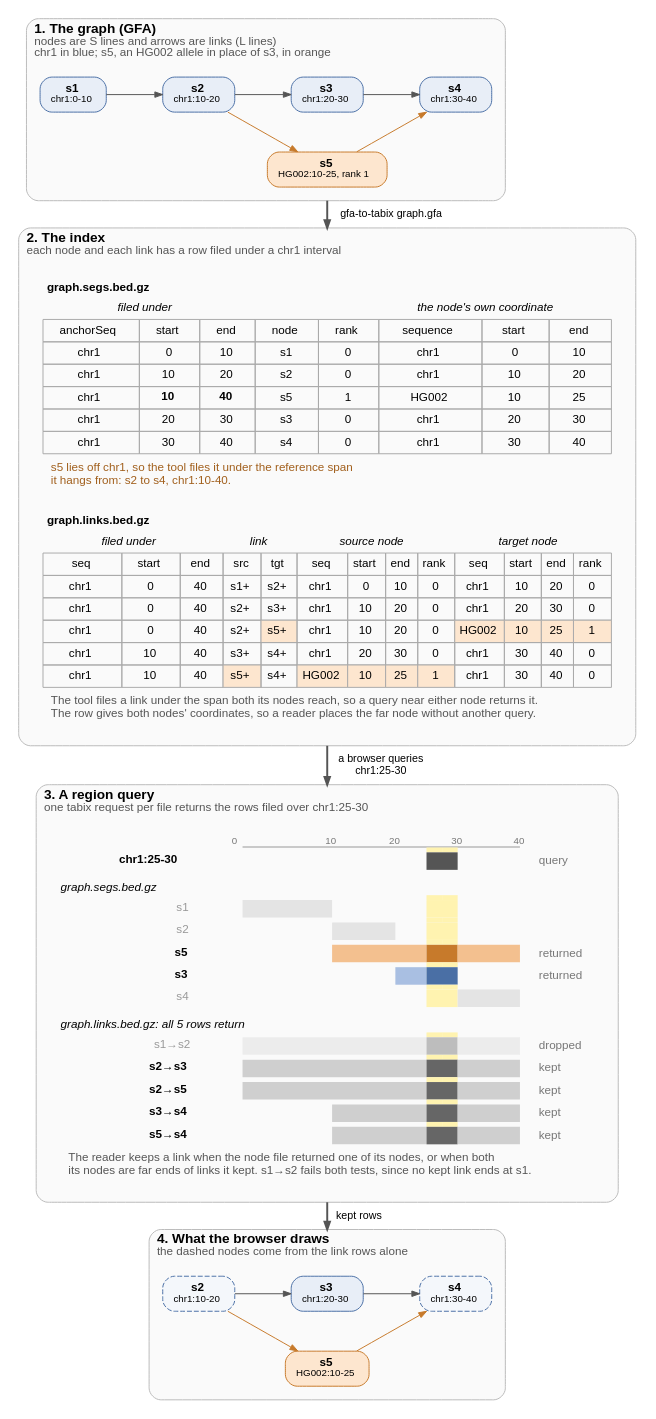
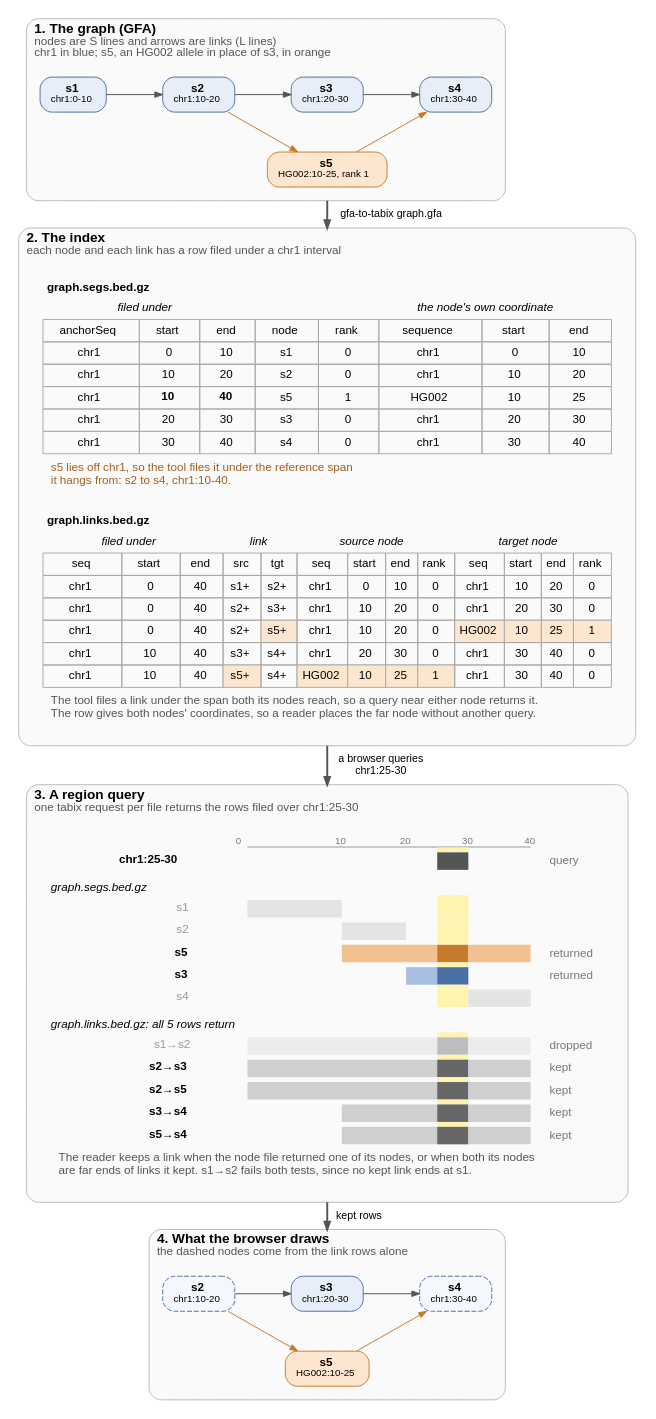
Before and after one commit to GMOD/gfa-to-tabix: the diagram in docs/figures/overview.dot, drawn with Graphviz. The commit also changed 4 other files, not shown here.

```diff
--- a/docs/figures/overview.dot
+++ b/docs/figures/overview.dot
@@ -50,7 +50,9 @@
         <TR BGCOLOR="#e8eef7"><TD>chr1</TD><TD>20</TD><TD>30</TD><TD>s3</TD><TD>0</TD><TD>chr1</TD><TD>20</TD><TD>30</TD></TR>
         <TR BGCOLOR="#e8eef7"><TD>chr1</TD><TD>30</TD><TD>40</TD><TD>s4</TD><TD>0</TD><TD>chr1</TD><TD>30</TD><TD>40</TD></TR>
         <!-- end segs -->
-        <TR><TD COLSPAN="8" BORDER="0" CELLPADDING="8" ALIGN="LEFT" BALIGN="LEFT"><FONT POINT-SIZE="12" COLOR="#a15f1c">s5 lies off chr1, so the tool files it under the reference span<BR/>it hangs from: s2 to s4, chr1:10-40.</FONT></TD></TR>
+        <!-- begin segs-caption -->
+        <TR><TD BORDER="0" CELLPADDING="8" COLSPAN="8" ALIGN="LEFT" BALIGN="LEFT"><FONT POINT-SIZE="12" COLOR="#a15f1c">s5 lies off chr1, so the tool files it under the reference span<BR/>it hangs from: s2 to s4, chr1:10-40.</FONT></TD></TR>
+        <!-- end segs-caption -->
       </TABLE></TD></TR>
       <TR><TD HEIGHT="18"></TD></TR>
       <TR><TD><TABLE BORDER="0" CELLBORDER="1" CELLSPACING="0" CELLPADDING="4" COLOR="#aaaaaa">
@@ -107,7 +109,9 @@
         <TR><TD HEIGHT="5"></TD><TD></TD><TD></TD><TD></TD><TD></TD><TD></TD><TD></TD><TD></TD><TD></TD><TD></TD><TD></TD><TD></TD><TD BGCOLOR="#fff3b0"></TD><TD BGCOLOR="#fff3b0"></TD><TD></TD><TD></TD><TD></TD><TD></TD><TD></TD><TD></TD></TR>
         <TR><TD ALIGN="RIGHT" HEIGHT="18"><B>s5→s4</B>  </TD><TD></TD><TD COLSPAN="4"></TD><TD COLSPAN="6" BGCOLOR="#cfcfcf"></TD><TD COLSPAN="2" BGCOLOR="#666666"></TD><TD COLSPAN="4" BGCOLOR="#cfcfcf"></TD><TD></TD><TD ALIGN="LEFT"><FONT POINT-SIZE="12" COLOR="#777777">  kept</FONT></TD></TR>
         <!-- end lanes -->
-        <TR><TD COLSPAN="20" BORDER="0" CELLPADDING="8" ALIGN="LEFT" BALIGN="LEFT"><FONT POINT-SIZE="12" COLOR="#555555">The reader keeps a link when the node file returned one of its nodes, or when both<BR/>its nodes are far ends of links it kept. s1→s2 fails both tests, since no kept link ends at s1.</FONT></TD></TR>
+        <!-- begin keep-caption -->
+        <TR><TD BORDER="0" CELLPADDING="8" COLSPAN="20" ALIGN="LEFT" BALIGN="LEFT"><FONT POINT-SIZE="12" COLOR="#555555">The reader keeps a link when the node file returned one of its nodes, or when both its nodes<BR/>are far ends of links it kept. s1→s2 fails both tests, since no kept link ends at s1.</FONT></TD></TR>
+        <!-- end keep-caption -->
       </TABLE>>]
   }
 
@@ -119,18 +123,23 @@
     style="rounded,filled"
     fillcolor="#fafafa"
     margin=14
-    d2 [label=<<B>s2</B><BR/><FONT POINT-SIZE="10">chr1:10-20</FONT>>, style="dashed,rounded,filled", fillcolor="#f4f7fb"]
-    d3 [label=<<B>s3</B><BR/><FONT POINT-SIZE="10">chr1:20-30</FONT>>]
-    d4 [label=<<B>s4</B><BR/><FONT POINT-SIZE="10">chr1:30-40</FONT>>, style="dashed,rounded,filled", fillcolor="#f4f7fb"]
-    d5 [label=<<B>s5</B><BR/><FONT POINT-SIZE="10">HG002:10-25</FONT>>, fillcolor="#fde6cf", color="#c77a2b"]
-    {rank=same; d2; d3; d4}
-    d2 -> d3 -> d4 [weight=20]
-    d3 -> d5 [style=invis, weight=20]
-    d2 -> d5 [color="#c77a2b", weight=0]
-    d5 -> d4 [color="#c77a2b", weight=0]
+    // begin drawn
+    d_s2 [label=<<B>s2</B><BR/><FONT POINT-SIZE="10">chr1:10-20</FONT>>, style="dashed,rounded,filled", fillcolor="#f4f7fb"]
+    d_s3 [label=<<B>s3</B><BR/><FONT POINT-SIZE="10">chr1:20-30</FONT>>]
+    d_s4 [label=<<B>s4</B><BR/><FONT POINT-SIZE="10">chr1:30-40</FONT>>, style="dashed,rounded,filled", fillcolor="#f4f7fb"]
+    d_s5 [label=<<B>s5</B><BR/><FONT POINT-SIZE="10">HG002:10-25</FONT>>, fillcolor="#fde6cf", color="#c77a2b"]
+    {rank=same; d_s2; d_s3; d_s4}
+    d_s2 -> d_s3 [weight=20]
+    d_s2 -> d_s5 [color="#c77a2b", weight=0]
+    d_s3 -> d_s4 [weight=20]
+    d_s5 -> d_s4 [color="#c77a2b", weight=0]
+    d_s3 -> d_s5 [style=invis, weight=20]
+    // end drawn
   }
 
   s5 -> rows [ltail=cluster_graph, lhead=cluster_files, label="  gfa-to-tabix graph.gfa", penwidth=2]
   rows -> hits [ltail=cluster_files, lhead=cluster_query, label="  a browser queries\n  chr1:25-30", penwidth=2]
-  hits -> d3 [ltail=cluster_query, lhead=cluster_drawn, label="  kept rows", penwidth=2]
+  // begin drawn-arrow
+  hits -> d_s3 [ltail=cluster_query, lhead=cluster_drawn, label="  kept rows", penwidth=2]
+  // end drawn-arrow
 }
```
